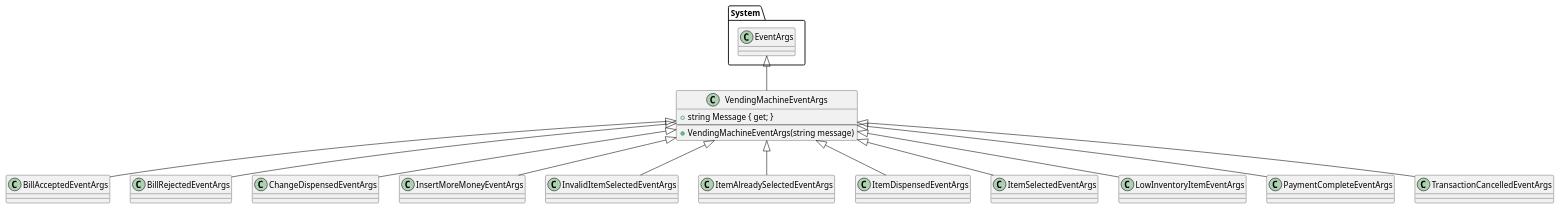
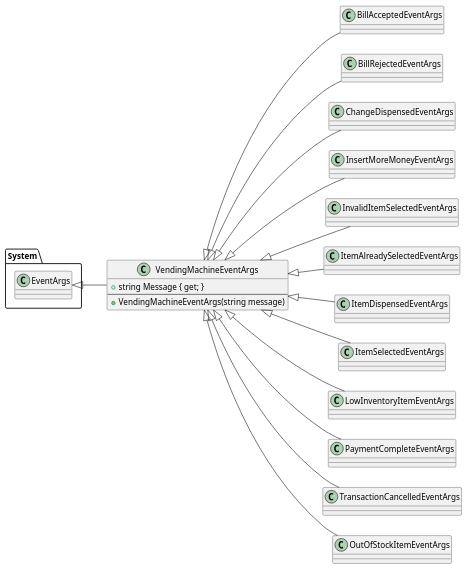
One commit to farooq-teqniqly/system-design-vending-machine changed the fourth of 11 diagrams in README.md. Above: the diagram before and after it, drawn with PlantUML. The commit also changed 1 other file, not shown here.

````diff
--- a/README.md
+++ b/README.md
@@ -144,26 +144,26 @@
 ```plantuml
 @startuml
-
+left to right direction
 class VendingMachineEventArgs {
     + string Message { get; }
     --
     + VendingMachineEventArgs(string message)
 }
 
 class VendingMachineEventArgs extends System.EventArgs
 class BillAcceptedEventArgs extends VendingMachineEventArgs
 class BillRejectedEventArgs extends VendingMachineEventArgs
 class ChangeDispensedEventArgs extends VendingMachineEventArgs
 class InsertMoreMoneyEventArgs extends VendingMachineEventArgs
 
 class InvalidItemSelectedEventArgs extends VendingMachineEventArgs
 class ItemAlreadySelectedEventArgs extends VendingMachineEventArgs
 class ItemDispensedEventArgs extends VendingMachineEventArgs
 class ItemSelectedEventArgs extends VendingMachineEventArgs
 class LowInventoryItemEventArgs extends VendingMachineEventArgs
 class PaymentCompleteEventArgs extends VendingMachineEventArgs
 class TransactionCancelledEventArgs extends VendingMachineEventArgs
-
+class OutOfStockItemEventArgs extends VendingMachineEventArgs
 @enduml
 
 ```
````
